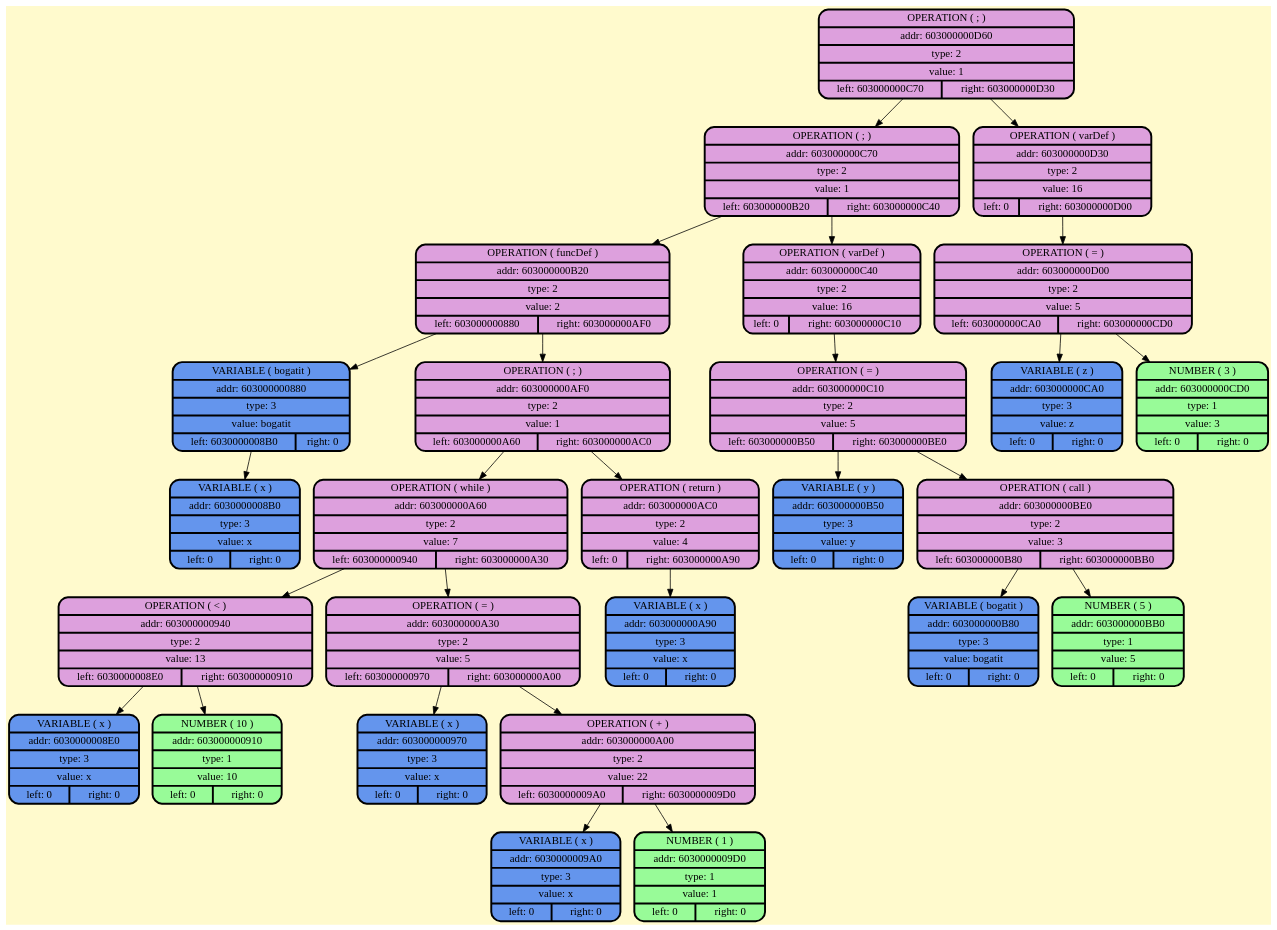
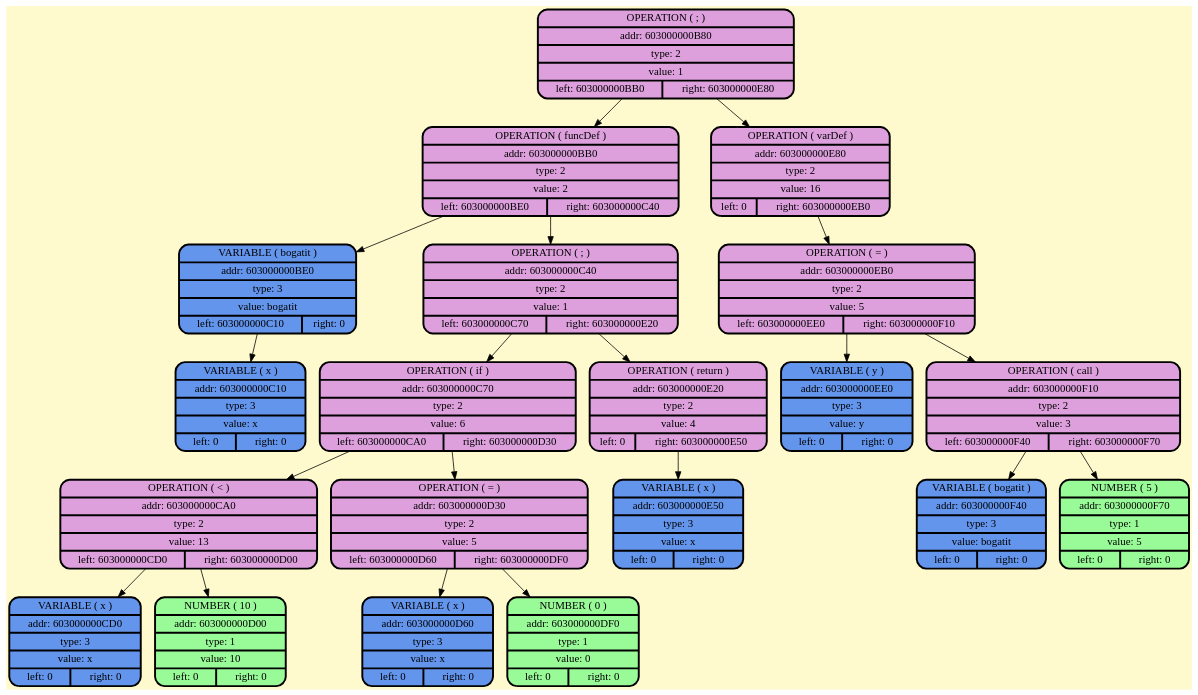
One commit to BulgakovDmitry/myLanguage changed the diagram in frontend/graphDump/dumpGraph.gv. Above: the diagram before and after it, drawn with Graphviz. The commit also changed 14 other files, not shown here.

```diff
--- a/frontend/graphDump/dumpGraph.gv
+++ b/frontend/graphDump/dumpGraph.gv
@@ -1,58 +1,44 @@
 digraph G {
     node [style=filled, fontcolor=darkblue, fillcolor=peachpuff, color="#252A34", penwidth=2.5];
     bgcolor="lemonchiffon";
 
-node_0x603000000d60 [shape=Mrecord; style = filled; fillcolor=plum; color = "#000000"; fontcolor = "#000000";label=" {OPERATION ( ; ) | addr: 603000000D60 | type: 2 | value: 1 | {left: 603000000C70 | right: 603000000D30}} "];
-node_0x603000000c70 [shape=Mrecord; style = filled; fillcolor=plum; color = "#000000"; fontcolor = "#000000";label=" {OPERATION ( ; ) | addr: 603000000C70 | type: 2 | value: 1 | {left: 603000000B20 | right: 603000000C40}} "];
-node_0x603000000b20 [shape=Mrecord; style = filled; fillcolor=plum; color = "#000000"; fontcolor = "#000000";label=" {OPERATION ( funcDef ) | addr: 603000000B20 | type: 2 | value: 2 | {left: 603000000880 | right: 603000000AF0}} "];
-    node_0x603000000880 [shape=Mrecord; style = filled; fillcolor = cornflowerblue; color = "#000000"; fontcolor = "#000000";  label="  {VARIABLE ( bogatit )| addr: 603000000880 | type: 3| value: bogatit | {left: 6030000008B0 | right: 0}} "];
-    node_0x6030000008b0 [shape=Mrecord; style = filled; fillcolor = cornflowerblue; color = "#000000"; fontcolor = "#000000";  label="  {VARIABLE ( x )| addr: 6030000008B0 | type: 3| value: x | {left: 0 | right: 0}} "];
-node_0x603000000af0 [shape=Mrecord; style = filled; fillcolor=plum; color = "#000000"; fontcolor = "#000000";label=" {OPERATION ( ; ) | addr: 603000000AF0 | type: 2 | value: 1 | {left: 603000000A60 | right: 603000000AC0}} "];
-node_0x603000000a60 [shape=Mrecord; style = filled; fillcolor=plum; color = "#000000"; fontcolor = "#000000";label=" {OPERATION ( while ) | addr: 603000000A60 | type: 2 | value: 7 | {left: 603000000940 | right: 603000000A30}} "];
-node_0x603000000940 [shape=Mrecord; style = filled; fillcolor=plum; color = "#000000"; fontcolor = "#000000";label=" {OPERATION ( \< ) | addr: 603000000940 | type: 2 | value: 13 | {left: 6030000008E0 | right: 603000000910}} "];
-    node_0x6030000008e0 [shape=Mrecord; style = filled; fillcolor = cornflowerblue; color = "#000000"; fontcolor = "#000000";  label="  {VARIABLE ( x )| addr: 6030000008E0 | type: 3| value: x | {left: 0 | right: 0}} "];
-    node_0x603000000910 [shape=Mrecord; style = filled; fillcolor = palegreen; color = "#000000"; fontcolor = "#000000";  label="  {NUMBER ( 10 )| addr: 603000000910 | type: 1| value: 10 | {left: 0 | right: 0}} "];
-node_0x603000000a30 [shape=Mrecord; style = filled; fillcolor=plum; color = "#000000"; fontcolor = "#000000";label=" {OPERATION ( = ) | addr: 603000000A30 | type: 2 | value: 5 | {left: 603000000970 | right: 603000000A00}} "];
-    node_0x603000000970 [shape=Mrecord; style = filled; fillcolor = cornflowerblue; color = "#000000"; fontcolor = "#000000";  label="  {VARIABLE ( x )| addr: 603000000970 | type: 3| value: x | {left: 0 | right: 0}} "];
-node_0x603000000a00 [shape=Mrecord; style = filled; fillcolor=plum; color = "#000000"; fontcolor = "#000000";label=" {OPERATION ( + ) | addr: 603000000A00 | type: 2 | value: 22 | {left: 6030000009A0 | right: 6030000009D0}} "];
-    node_0x6030000009a0 [shape=Mrecord; style = filled; fillcolor = cornflowerblue; color = "#000000"; fontcolor = "#000000";  label="  {VARIABLE ( x )| addr: 6030000009A0 | type: 3| value: x | {left: 0 | right: 0}} "];
-    node_0x6030000009d0 [shape=Mrecord; style = filled; fillcolor = palegreen; color = "#000000"; fontcolor = "#000000";  label="  {NUMBER ( 1 )| addr: 6030000009D0 | type: 1| value: 1 | {left: 0 | right: 0}} "];
-node_0x603000000ac0 [shape=Mrecord; style = filled; fillcolor=plum; color = "#000000"; fontcolor = "#000000";label=" {OPERATION ( return ) | addr: 603000000AC0 | type: 2 | value: 4 | {left: 0 | right: 603000000A90}} "];
-    node_0x603000000a90 [shape=Mrecord; style = filled; fillcolor = cornflowerblue; color = "#000000"; fontcolor = "#000000";  label="  {VARIABLE ( x )| addr: 603000000A90 | type: 3| value: x | {left: 0 | right: 0}} "];
-node_0x603000000c40 [shape=Mrecord; style = filled; fillcolor=plum; color = "#000000"; fontcolor = "#000000";label=" {OPERATION ( varDef ) | addr: 603000000C40 | type: 2 | value: 16 | {left: 0 | right: 603000000C10}} "];
-node_0x603000000c10 [shape=Mrecord; style = filled; fillcolor=plum; color = "#000000"; fontcolor = "#000000";label=" {OPERATION ( = ) | addr: 603000000C10 | type: 2 | value: 5 | {left: 603000000B50 | right: 603000000BE0}} "];
-    node_0x603000000b50 [shape=Mrecord; style = filled; fillcolor = cornflowerblue; color = "#000000"; fontcolor = "#000000";  label="  {VARIABLE ( y )| addr: 603000000B50 | type: 3| value: y | {left: 0 | right: 0}} "];
-node_0x603000000be0 [shape=Mrecord; style = filled; fillcolor=plum; color = "#000000"; fontcolor = "#000000";label=" {OPERATION ( call ) | addr: 603000000BE0 | type: 2 | value: 3 | {left: 603000000B80 | right: 603000000BB0}} "];
-    node_0x603000000b80 [shape=Mrecord; style = filled; fillcolor = cornflowerblue; color = "#000000"; fontcolor = "#000000";  label="  {VARIABLE ( bogatit )| addr: 603000000B80 | type: 3| value: bogatit | {left: 0 | right: 0}} "];
-    node_0x603000000bb0 [shape=Mrecord; style = filled; fillcolor = palegreen; color = "#000000"; fontcolor = "#000000";  label="  {NUMBER ( 5 )| addr: 603000000BB0 | type: 1| value: 5 | {left: 0 | right: 0}} "];
-node_0x603000000d30 [shape=Mrecord; style = filled; fillcolor=plum; color = "#000000"; fontcolor = "#000000";label=" {OPERATION ( varDef ) | addr: 603000000D30 | type: 2 | value: 16 | {left: 0 | right: 603000000D00}} "];
-node_0x603000000d00 [shape=Mrecord; style = filled; fillcolor=plum; color = "#000000"; fontcolor = "#000000";label=" {OPERATION ( = ) | addr: 603000000D00 | type: 2 | value: 5 | {left: 603000000CA0 | right: 603000000CD0}} "];
-    node_0x603000000ca0 [shape=Mrecord; style = filled; fillcolor = cornflowerblue; color = "#000000"; fontcolor = "#000000";  label="  {VARIABLE ( z )| addr: 603000000CA0 | type: 3| value: z | {left: 0 | right: 0}} "];
-    node_0x603000000cd0 [shape=Mrecord; style = filled; fillcolor = palegreen; color = "#000000"; fontcolor = "#000000";  label="  {NUMBER ( 3 )| addr: 603000000CD0 | type: 1| value: 3 | {left: 0 | right: 0}} "];
-    node_0x603000000d60 -> node_0x603000000c70;
-    node_0x603000000c70 -> node_0x603000000b20;
-    node_0x603000000b20 -> node_0x603000000880;
-    node_0x603000000880 -> node_0x6030000008b0;
-    node_0x603000000b20 -> node_0x603000000af0;
-    node_0x603000000af0 -> node_0x603000000a60;
-    node_0x603000000a60 -> node_0x603000000940;
-    node_0x603000000940 -> node_0x6030000008e0;
-    node_0x603000000940 -> node_0x603000000910;
-    node_0x603000000a60 -> node_0x603000000a30;
-    node_0x603000000a30 -> node_0x603000000970;
-    node_0x603000000a30 -> node_0x603000000a00;
-    node_0x603000000a00 -> node_0x6030000009a0;
-    node_0x603000000a00 -> node_0x6030000009d0;
-    node_0x603000000af0 -> node_0x603000000ac0;
-    node_0x603000000ac0 -> node_0x603000000a90;
-    node_0x603000000c70 -> node_0x603000000c40;
-    node_0x603000000c40 -> node_0x603000000c10;
-    node_0x603000000c10 -> node_0x603000000b50;
-    node_0x603000000c10 -> node_0x603000000be0;
-    node_0x603000000be0 -> node_0x603000000b80;
-    node_0x603000000be0 -> node_0x603000000bb0;
-    node_0x603000000d60 -> node_0x603000000d30;
-    node_0x603000000d30 -> node_0x603000000d00;
-    node_0x603000000d00 -> node_0x603000000ca0;
-    node_0x603000000d00 -> node_0x603000000cd0;
+node_0x603000000b80 [shape=Mrecord; style = filled; fillcolor=plum; color = "#000000"; fontcolor = "#000000";label=" {OPERATION ( ; ) | addr: 603000000B80 | type: 2 | value: 1 | {left: 603000000BB0 | right: 603000000E80}} "];
+node_0x603000000bb0 [shape=Mrecord; style = filled; fillcolor=plum; color = "#000000"; fontcolor = "#000000";label=" {OPERATION ( funcDef ) | addr: 603000000BB0 | type: 2 | value: 2 | {left: 603000000BE0 | right: 603000000C40}} "];
+    node_0x603000000be0 [shape=Mrecord; style = filled; fillcolor = cornflowerblue; color = "#000000"; fontcolor = "#000000";  label="  {VARIABLE ( bogatit )| addr: 603000000BE0 | type: 3| value: bogatit | {left: 603000000C10 | right: 0}} "];
+    node_0x603000000c10 [shape=Mrecord; style = filled; fillcolor = cornflowerblue; color = "#000000"; fontcolor = "#000000";  label="  {VARIABLE ( x )| addr: 603000000C10 | type: 3| value: x | {left: 0 | right: 0}} "];
+node_0x603000000c40 [shape=Mrecord; style = filled; fillcolor=plum; color = "#000000"; fontcolor = "#000000";label=" {OPERATION ( ; ) | addr: 603000000C40 | type: 2 | value: 1 | {left: 603000000C70 | right: 603000000E20}} "];
+node_0x603000000c70 [shape=Mrecord; style = filled; fillcolor=plum; color = "#000000"; fontcolor = "#000000";label=" {OPERATION ( if ) | addr: 603000000C70 | type: 2 | value: 6 | {left: 603000000CA0 | right: 603000000D30}} "];
+node_0x603000000ca0 [shape=Mrecord; style = filled; fillcolor=plum; color = "#000000"; fontcolor = "#000000";label=" {OPERATION ( \< ) | addr: 603000000CA0 | type: 2 | value: 13 | {left: 603000000CD0 | right: 603000000D00}} "];
+    node_0x603000000cd0 [shape=Mrecord; style = filled; fillcolor = cornflowerblue; color = "#000000"; fontcolor = "#000000";  label="  {VARIABLE ( x )| addr: 603000000CD0 | type: 3| value: x | {left: 0 | right: 0}} "];
+    node_0x603000000d00 [shape=Mrecord; style = filled; fillcolor = palegreen; color = "#000000"; fontcolor = "#000000";  label="  {NUMBER ( 10 )| addr: 603000000D00 | type: 1| value: 10 | {left: 0 | right: 0}} "];
+node_0x603000000d30 [shape=Mrecord; style = filled; fillcolor=plum; color = "#000000"; fontcolor = "#000000";label=" {OPERATION ( = ) | addr: 603000000D30 | type: 2 | value: 5 | {left: 603000000D60 | right: 603000000DF0}} "];
+    node_0x603000000d60 [shape=Mrecord; style = filled; fillcolor = cornflowerblue; color = "#000000"; fontcolor = "#000000";  label="  {VARIABLE ( x )| addr: 603000000D60 | type: 3| value: x | {left: 0 | right: 0}} "];
+    node_0x603000000df0 [shape=Mrecord; style = filled; fillcolor = palegreen; color = "#000000"; fontcolor = "#000000";  label="  {NUMBER ( 0 )| addr: 603000000DF0 | type: 1| value: 0 | {left: 0 | right: 0}} "];
+node_0x603000000e20 [shape=Mrecord; style = filled; fillcolor=plum; color = "#000000"; fontcolor = "#000000";label=" {OPERATION ( return ) | addr: 603000000E20 | type: 2 | value: 4 | {left: 0 | right: 603000000E50}} "];
+    node_0x603000000e50 [shape=Mrecord; style = filled; fillcolor = cornflowerblue; color = "#000000"; fontcolor = "#000000";  label="  {VARIABLE ( x )| addr: 603000000E50 | type: 3| value: x | {left: 0 | right: 0}} "];
+node_0x603000000e80 [shape=Mrecord; style = filled; fillcolor=plum; color = "#000000"; fontcolor = "#000000";label=" {OPERATION ( varDef ) | addr: 603000000E80 | type: 2 | value: 16 | {left: 0 | right: 603000000EB0}} "];
+node_0x603000000eb0 [shape=Mrecord; style = filled; fillcolor=plum; color = "#000000"; fontcolor = "#000000";label=" {OPERATION ( = ) | addr: 603000000EB0 | type: 2 | value: 5 | {left: 603000000EE0 | right: 603000000F10}} "];
+    node_0x603000000ee0 [shape=Mrecord; style = filled; fillcolor = cornflowerblue; color = "#000000"; fontcolor = "#000000";  label="  {VARIABLE ( y )| addr: 603000000EE0 | type: 3| value: y | {left: 0 | right: 0}} "];
+node_0x603000000f10 [shape=Mrecord; style = filled; fillcolor=plum; color = "#000000"; fontcolor = "#000000";label=" {OPERATION ( call ) | addr: 603000000F10 | type: 2 | value: 3 | {left: 603000000F40 | right: 603000000F70}} "];
+    node_0x603000000f40 [shape=Mrecord; style = filled; fillcolor = cornflowerblue; color = "#000000"; fontcolor = "#000000";  label="  {VARIABLE ( bogatit )| addr: 603000000F40 | type: 3| value: bogatit | {left: 0 | right: 0}} "];
+    node_0x603000000f70 [shape=Mrecord; style = filled; fillcolor = palegreen; color = "#000000"; fontcolor = "#000000";  label="  {NUMBER ( 5 )| addr: 603000000F70 | type: 1| value: 5 | {left: 0 | right: 0}} "];
+    node_0x603000000b80 -> node_0x603000000bb0;
+    node_0x603000000bb0 -> node_0x603000000be0;
+    node_0x603000000be0 -> node_0x603000000c10;
+    node_0x603000000bb0 -> node_0x603000000c40;
+    node_0x603000000c40 -> node_0x603000000c70;
+    node_0x603000000c70 -> node_0x603000000ca0;
+    node_0x603000000ca0 -> node_0x603000000cd0;
+    node_0x603000000ca0 -> node_0x603000000d00;
+    node_0x603000000c70 -> node_0x603000000d30;
+    node_0x603000000d30 -> node_0x603000000d60;
+    node_0x603000000d30 -> node_0x603000000df0;
+    node_0x603000000c40 -> node_0x603000000e20;
+    node_0x603000000e20 -> node_0x603000000e50;
+    node_0x603000000b80 -> node_0x603000000e80;
+    node_0x603000000e80 -> node_0x603000000eb0;
+    node_0x603000000eb0 -> node_0x603000000ee0;
+    node_0x603000000eb0 -> node_0x603000000f10;
+    node_0x603000000f10 -> node_0x603000000f40;
+    node_0x603000000f10 -> node_0x603000000f70;
 }
```
